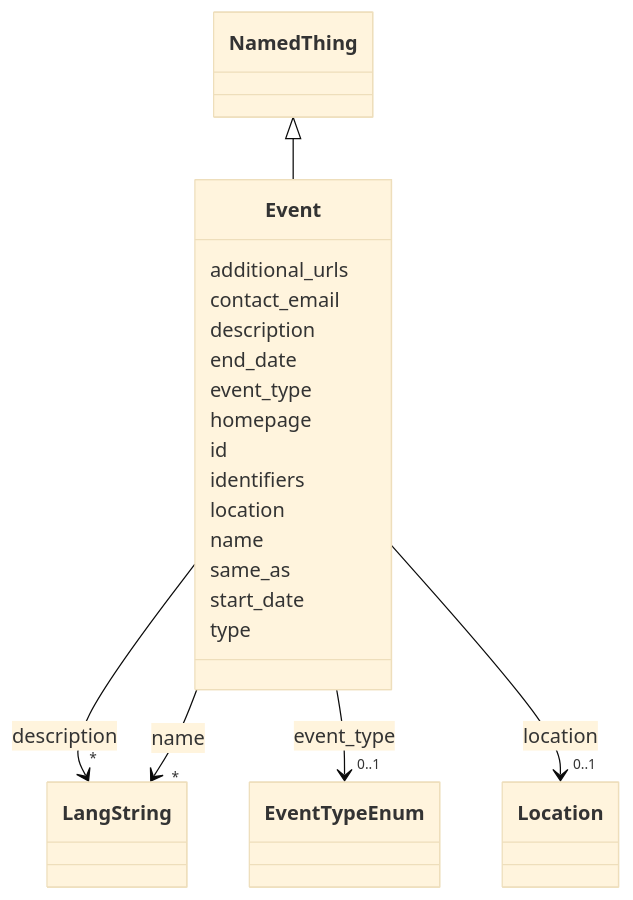
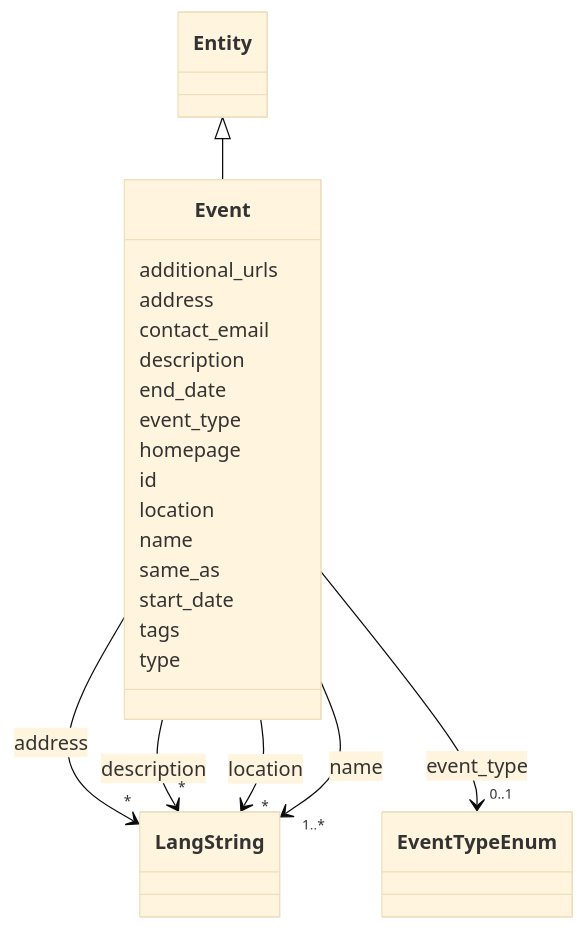
Before and after one commit to DARIAH-IL/idhi-manifests: the diagram in docs/classes/Event.md, drawn with Mermaid (base theme). The commit also changed other lines of this file and 99 other files, not shown here.

````diff
--- a/docs/classes/Event.md
+++ b/docs/classes/Event.md
@@ -23,71 +23,82 @@
 ```mermaid
  classDiagram
     class Event
     click Event href "../../classes/Event/"
-      NamedThing <|-- Event
-        click NamedThing href "../../classes/NamedThing/"
+      Entity <|-- Event
+        click Entity href "../../classes/Entity/"
       
       Event : additional_urls
+        
+      Event : address
+        
+          
+    
+        
+        
+        Event --> "*" LangString : address
+        click LangString href "../../classes/LangString/"
+    
+
         
       Event : contact_email
         
       Event : description
         
           
     
         
         
         Event --> "*" LangString : description
         click LangString href "../../classes/LangString/"
     
 
         
       Event : end_date
         
       Event : event_type
         
           
     
         
         
         Event --> "0..1" EventTypeEnum : event_type
         click EventTypeEnum href "../../enums/EventTypeEnum/"
     
 
         
       Event : homepage
         
       Event : id
         
-      Event : identifiers
-        
       Event : location
         
           
     
         
         
-        Event --> "0..1" Location : location
-        click Location href "../../classes/Location/"
+        Event --> "*" LangString : location
+        click LangString href "../../classes/LangString/"
     
 
         
       Event : name
         
           
     
         
         
-        Event --> "*" LangString : name
+        Event --> "1..*" LangString : name
         click LangString href "../../classes/LangString/"
     
 
         
       Event : same_as
         
       Event : start_date
         
+      Event : tags
+        
       Event : type
         
       
 ```
````
